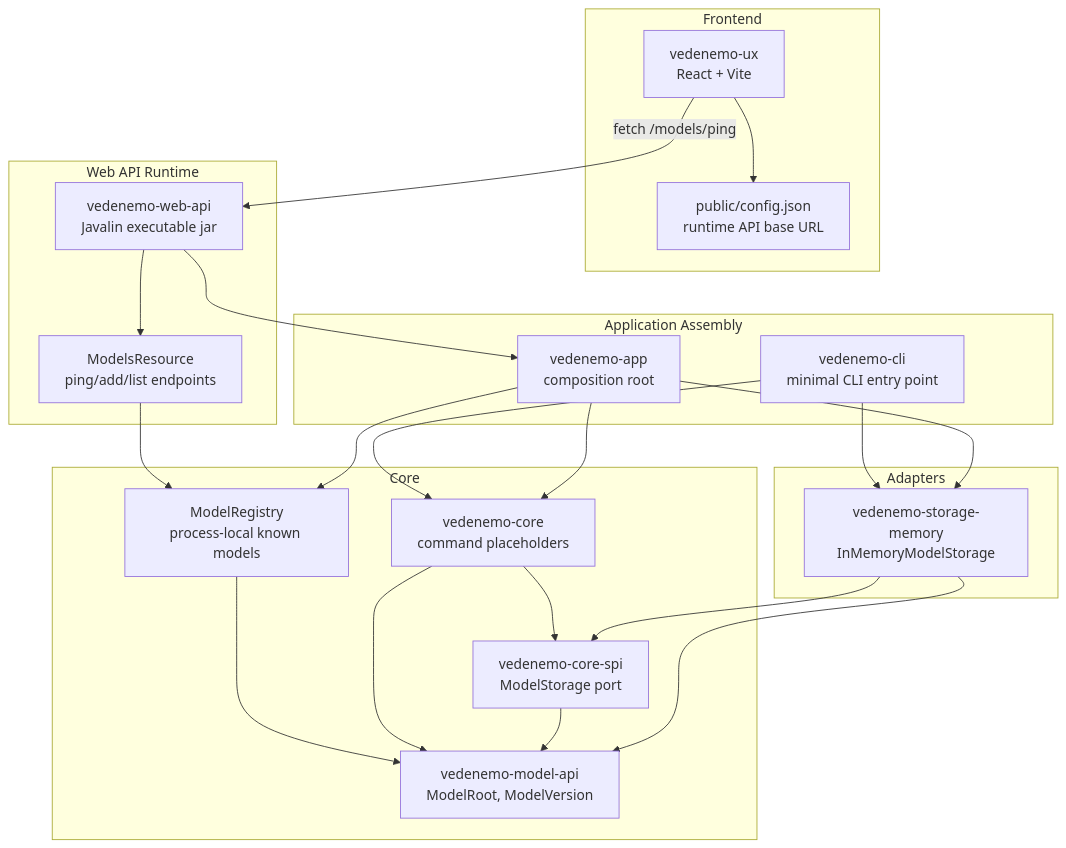
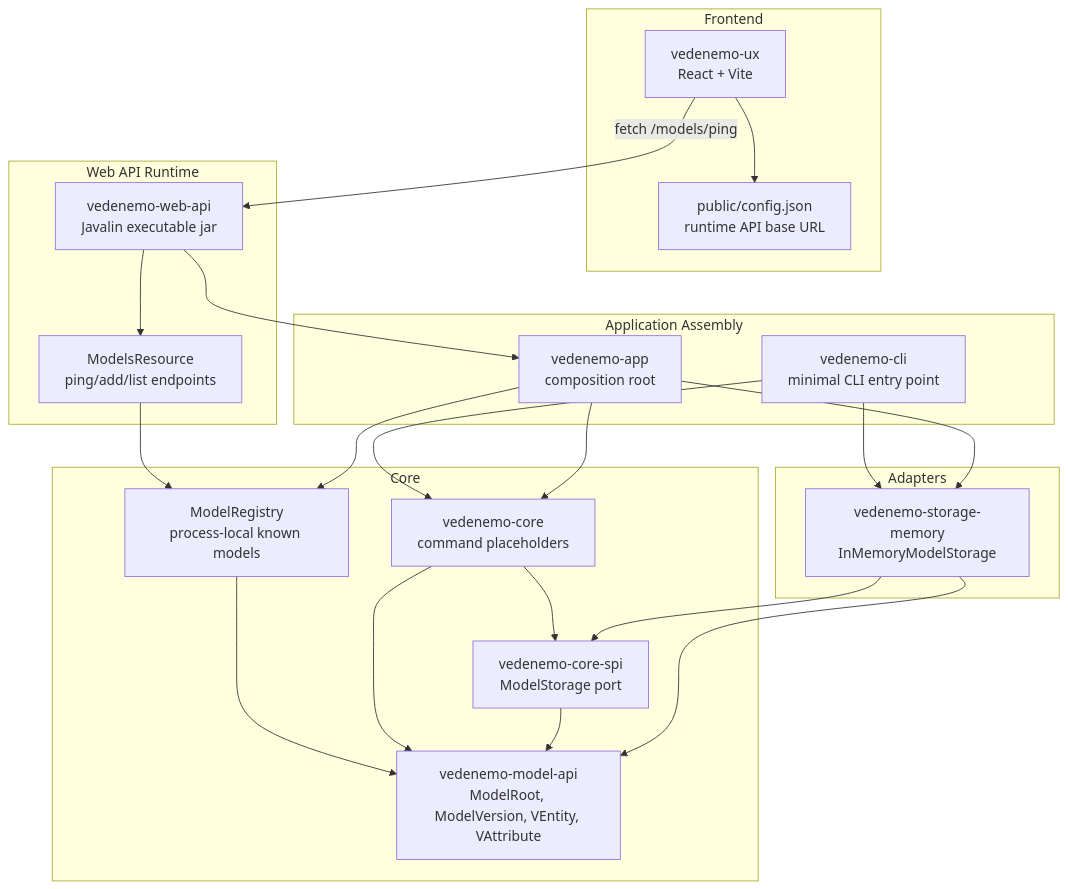
The first of 4 diagrams in docs/architecture_doc.md (VedenemoDev/VedenemoMonorepo), drawn with Mermaid before and after one commit. The commit also changed other lines of this file and 13 other files, not shown here.

````diff
--- a/docs/architecture_doc.md
+++ b/docs/architecture_doc.md
@@ -14,46 +14,46 @@
 ```mermaid
 flowchart TB
 
 subgraph UX["Frontend"]
     ViteUX["vedenemo-ux<br/>React + Vite"]
     RuntimeConfig["public/config.json<br/>runtime API base URL"]
 end
 
 subgraph Web["Web API Runtime"]
     WebApi["vedenemo-web-api<br/>Javalin executable jar"]
     ModelsResource["ModelsResource<br/>ping/add/list endpoints"]
 end
 
 subgraph App["Application Assembly"]
     AppRoot["vedenemo-app<br/>composition root"]
     Cli["vedenemo-cli<br/>minimal CLI entry point"]
 end
 
 subgraph Core["Core"]
     CoreModule["vedenemo-core<br/>command placeholders"]
     ModelRegistry["ModelRegistry<br/>process-local known models"]
     Spi["vedenemo-core-spi<br/>ModelStorage port"]
-    ModelApi["vedenemo-model-api<br/>ModelRoot, ModelVersion"]
+    ModelApi["vedenemo-model-api<br/>ModelRoot, ModelVersion, VEntity, VAttribute"]
 end
 
 subgraph Adapters["Adapters"]
     MemoryStorage["vedenemo-storage-memory<br/>InMemoryModelStorage"]
 end
 
 ViteUX --> RuntimeConfig
 ViteUX -->|fetch /models/ping| WebApi
 WebApi --> ModelsResource
 WebApi --> AppRoot
 ModelsResource --> ModelRegistry
 Cli --> CoreModule
 Cli --> MemoryStorage
 AppRoot --> CoreModule
 AppRoot --> ModelRegistry
 AppRoot --> MemoryStorage
 ModelRegistry --> ModelApi
 CoreModule --> Spi
 CoreModule --> ModelApi
 Spi --> ModelApi
 MemoryStorage --> Spi
 MemoryStorage --> ModelApi
 ```
````
